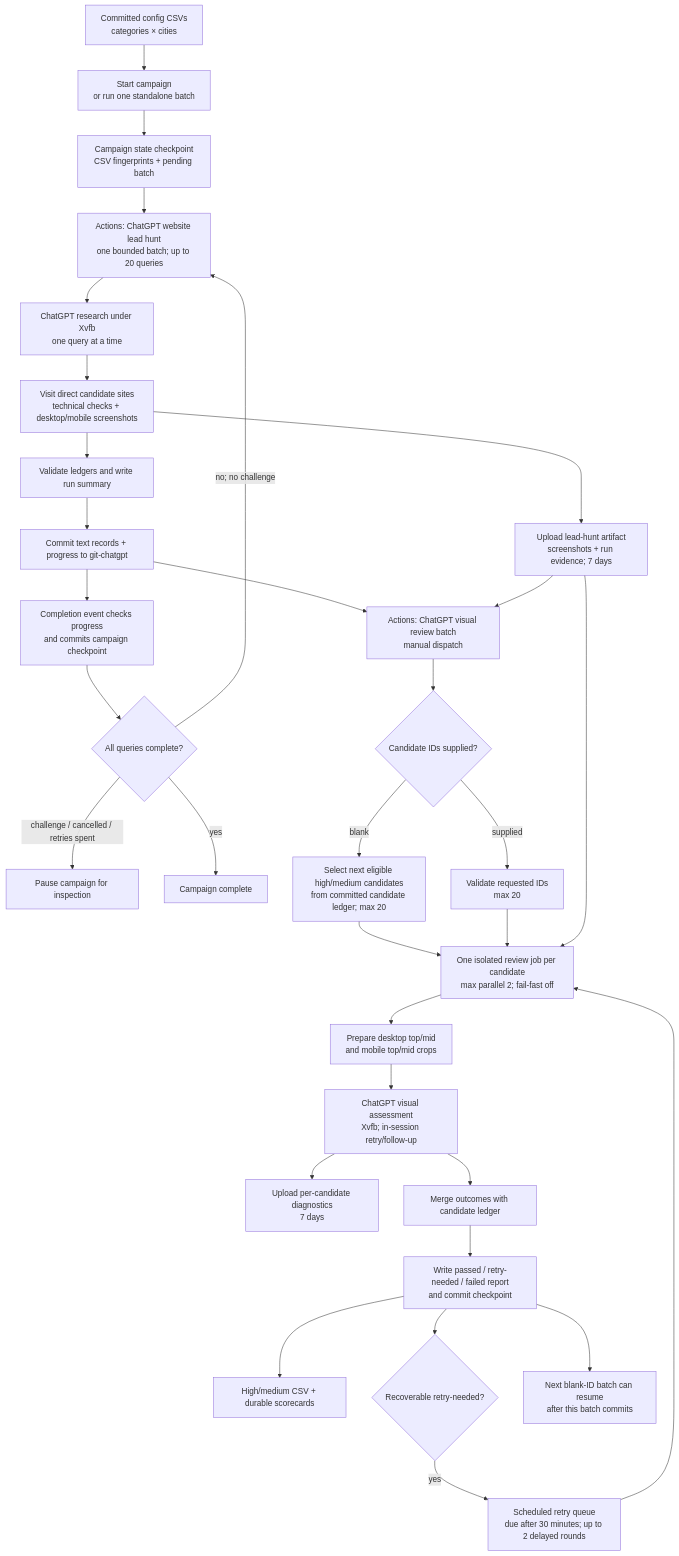
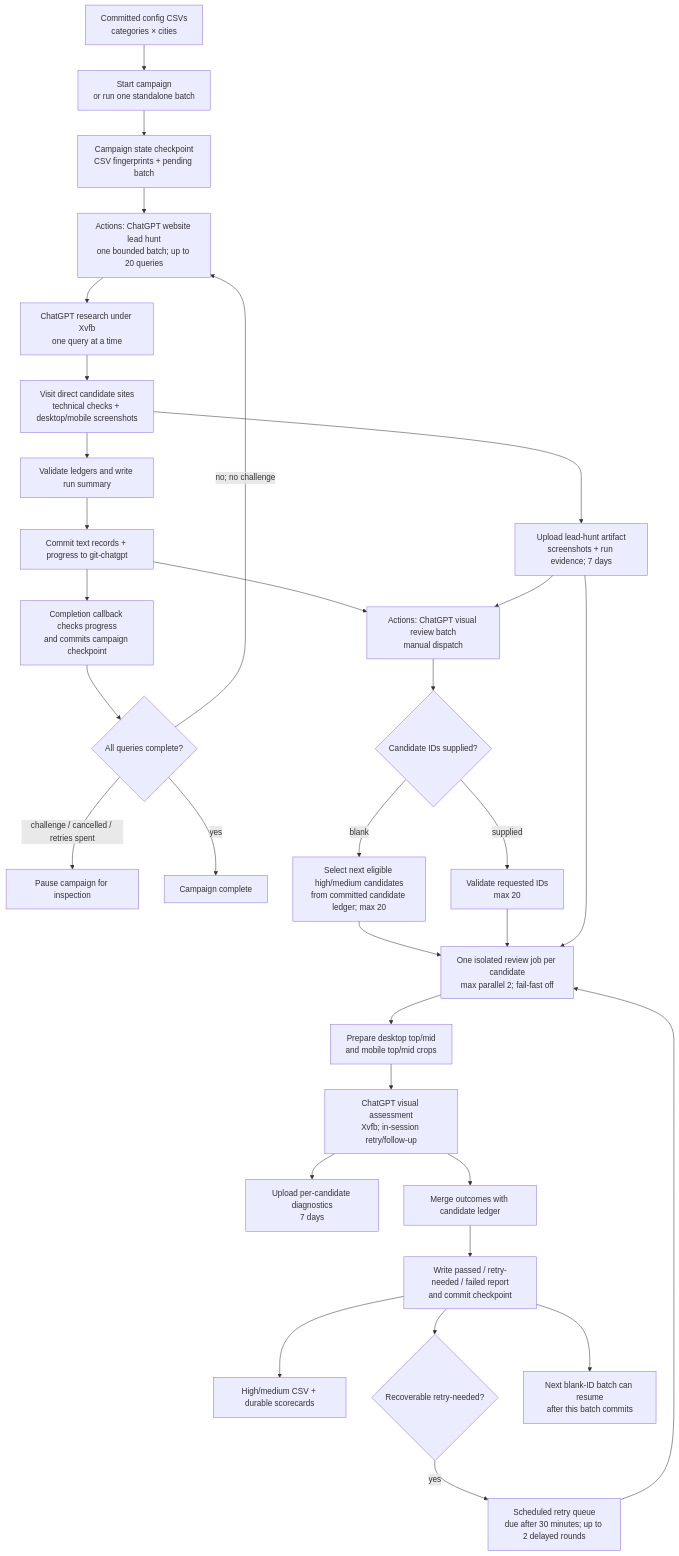
Before and after one commit to hometownredesignsites/website-lead-hunting: the diagram in README.md, drawn with Mermaid. The commit also changed other lines of this file and 4 other files, not shown here.

````diff
--- a/README.md
+++ b/README.md
@@ -26,34 +26,34 @@
 ```mermaid
 flowchart TD
     A[Committed config CSVs<br/>categories × cities] --> B[Start campaign<br/>or run one standalone batch]
     B --> C[Campaign state checkpoint<br/>CSV fingerprints + pending batch]
     C --> D[Actions: ChatGPT website lead hunt<br/>one bounded batch; up to 20 queries]
     D --> E[ChatGPT research under Xvfb<br/>one query at a time]
     E --> F[Visit direct candidate sites<br/>technical checks + desktop/mobile screenshots]
     F --> G[Validate ledgers and write run summary]
     G --> H[Commit text records + progress to git-chatgpt]
     F --> I[Upload lead-hunt artifact<br/>screenshots + run evidence; 7 days]
-    H --> J[Completion event checks progress<br/>and commits campaign checkpoint]
+    H --> J[Completion callback checks progress<br/>and commits campaign checkpoint]
     J --> K{All queries complete?}
     K -- no; no challenge --> D
     K -- challenge / cancelled / retries spent --> L[Pause campaign for inspection]
     K -- yes --> M[Campaign complete]
     H --> N[Actions: ChatGPT visual review batch<br/>manual dispatch]
     I --> N
     N --> O{Candidate IDs supplied?}
     O -- blank --> P[Select next eligible high/medium candidates<br/>from committed candidate ledger; max 20]
     O -- supplied --> Q[Validate requested IDs<br/>max 20]
     P --> R[One isolated review job per candidate<br/>max parallel 2; fail-fast off]
     Q --> R
     I --> R
     R --> S[Prepare desktop top/mid<br/>and mobile top/mid crops]
     S --> T[ChatGPT visual assessment<br/>Xvfb; in-session retry/follow-up]
     T --> U[Upload per-candidate diagnostics<br/>7 days]
     T --> V[Merge outcomes with candidate ledger]
     V --> W[Write passed / retry-needed / failed report<br/>and commit checkpoint]
     W --> X[High/medium CSV + durable scorecards]
     W --> Y{Recoverable retry-needed?}
     Y -- yes --> Z[Scheduled retry queue<br/>due after 30 minutes; up to 2 delayed rounds]
     Z --> R
     W --> AA[Next blank-ID batch can resume<br/>after this batch commits]
 ```
````
